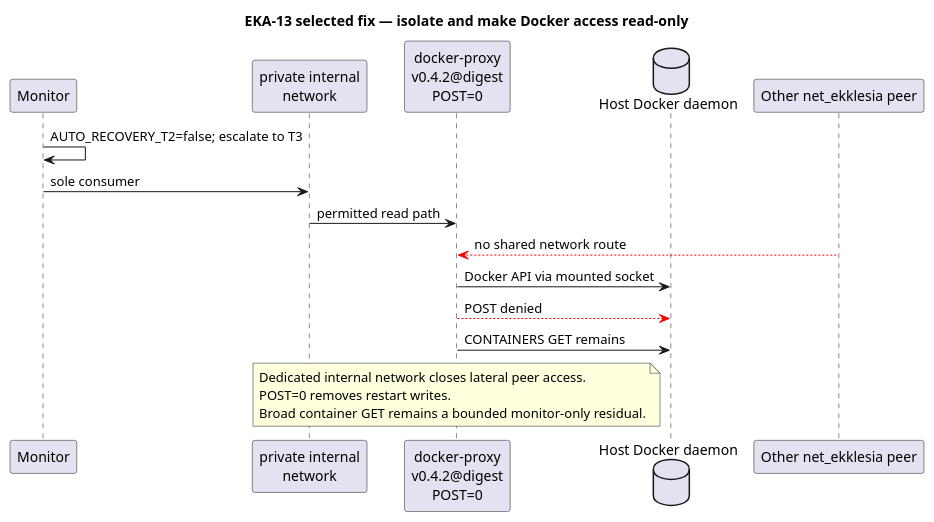
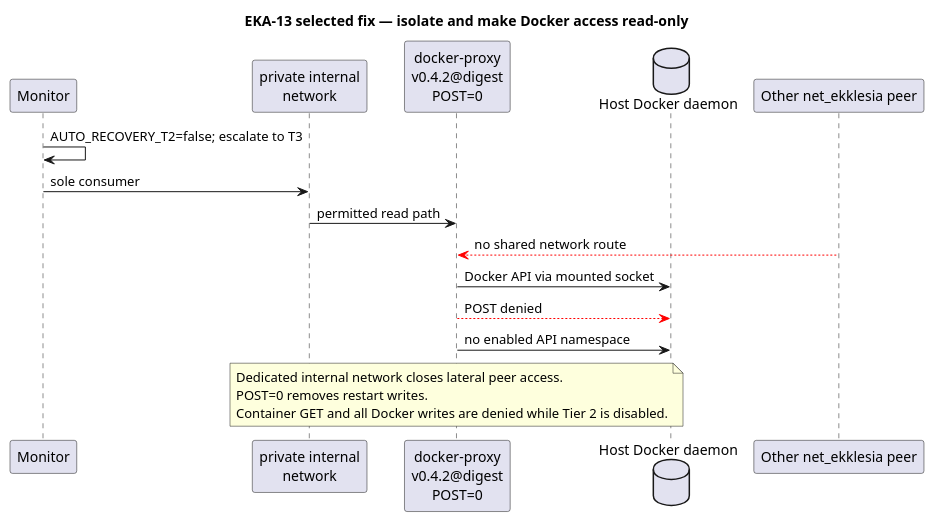
Before and after one commit to NeaBouli/pnyx: the second of 2 diagrams in docs/architecture/main-path.puml, drawn with PlantUML. The commit also changed 8 other files, not shown here.

```diff
--- a/docs/architecture/main-path.puml
+++ b/docs/architecture/main-path.puml
@@ -18,22 +18,22 @@
 @startuml
 title EKA-13 selected fix — isolate and make Docker access read-only
 participant "Monitor" as Monitor
 participant "private internal\nnetwork" as Private
 participant "docker-proxy\nv0.4.2@digest\nPOST=0" as Proxy
 database "Host Docker daemon" as Docker
 participant "Other net_ekklesia peer" as Peer
 
 Monitor -> Monitor : AUTO_RECOVERY_T2=false; escalate to T3
 Monitor -> Private : sole consumer
 Private -> Proxy : permitted read path
 Peer -[#red,dashed]> Proxy : no shared network route
 Proxy -> Docker : Docker API via mounted socket
 Proxy -[#red,dashed]> Docker : POST denied
-Proxy -> Docker : CONTAINERS GET remains
+Proxy -> Docker : no enabled API namespace
 
 note over Proxy
 Dedicated internal network closes lateral peer access.
 POST=0 removes restart writes.
-Broad container GET remains a bounded monitor-only residual.
+Container GET and all Docker writes are denied while Tier 2 is disabled.
 end note
 @enduml
```
